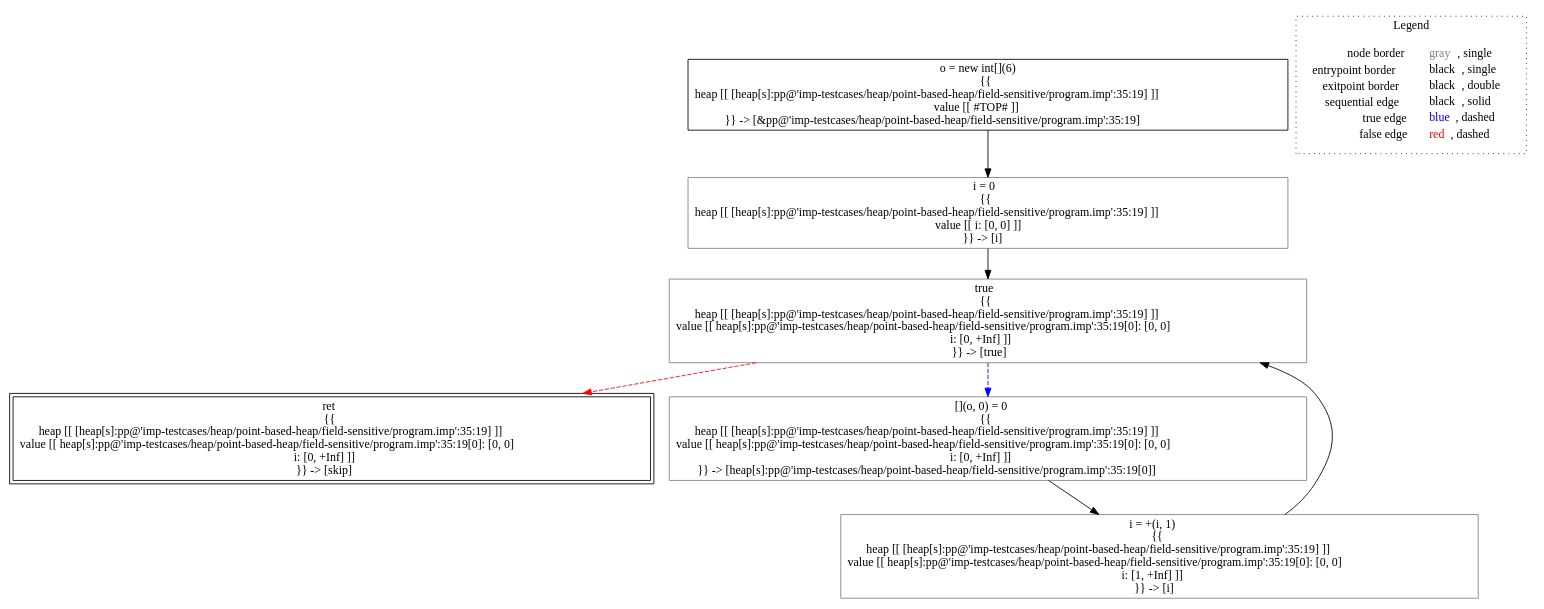
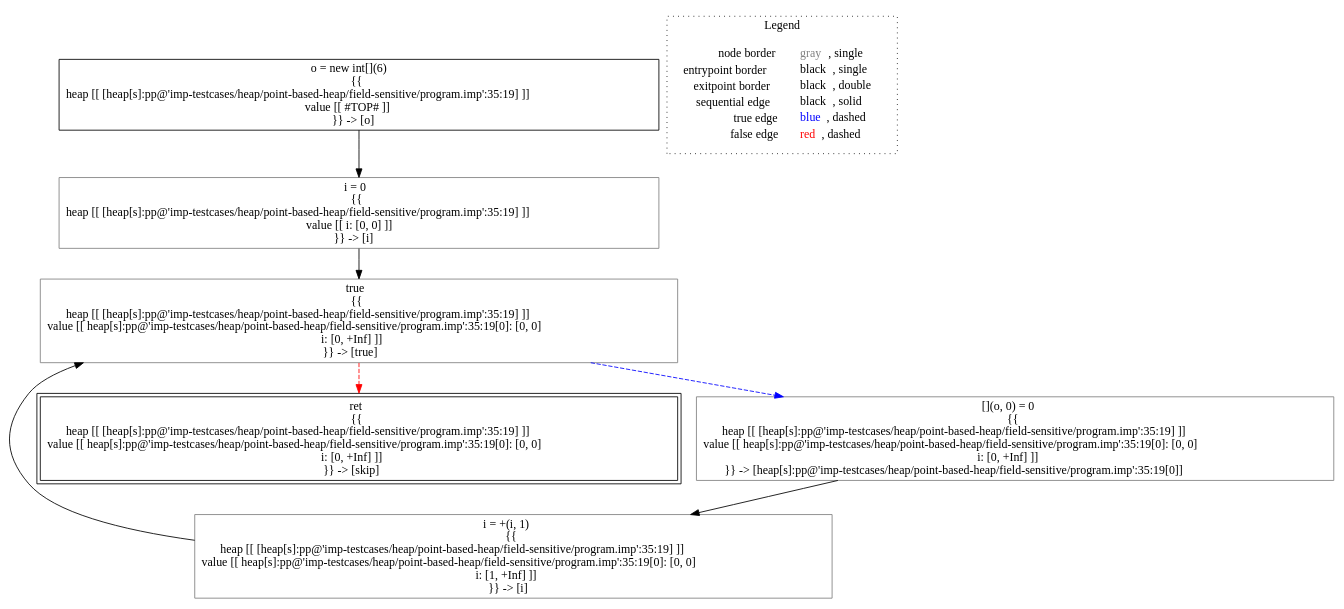
One commit to lisa-analyzer/lisa changed the diagram in lisa/imp-testcases/heap/point-based-heap/field-sensitive/analysis___untyped_A.f4(A_this).dot. Above: the diagram before and after it, drawn with Graphviz. The commit also changed 33 other files, not shown here.

Commit message:
#95 refactored new heap symbolic expressions, removed rewriting in analysis state small step semantics and assign methods, point based heap tests

```diff
--- a/lisa/imp-testcases/heap/point-based-heap/field-sensitive/analysis___untyped_A.f4(A_this).dot
+++ b/lisa/imp-testcases/heap/point-based-heap/field-sensitive/analysis___untyped_A.f4(A_this).dot
@@ -1,21 +1,21 @@
 digraph {
-	"node0" [shape="rect",color="black",label=<o = new int[](6)<BR/>{{<BR/>heap [[ [heap[s]:pp@'imp-testcases/heap/point-based-heap/field-sensitive/program.imp':35:19] ]]<BR/>value [[ #TOP# ]]<BR/>}} -&gt; [&amp;pp@'imp-testcases/heap/point-based-heap/field-sensitive/program.imp':35:19]>];
-	"node1" [shape="rect",color="gray",label=<i = 0<BR/>{{<BR/>heap [[ [heap[s]:pp@'imp-testcases/heap/point-based-heap/field-sensitive/program.imp':35:19] ]]<BR/>value [[ i: [0, 0] ]]<BR/>}} -&gt; [i]>];
+	"node0" [shape="rect",color="black",label=<o = new int[](6)<BR/>{{<BR/>heap [[ [heap[s]:pp@'imp-testcases/heap/point-based-heap/field-sensitive/program.imp':35:19] ]]<BR/>value [[ #TOP# ]]<BR/>}} -&gt; [o]>];
+	"node1" [shape="rect",color="gray",label=<i = +(i, 1)<BR/>{{<BR/>heap [[ [heap[s]:pp@'imp-testcases/heap/point-based-heap/field-sensitive/program.imp':35:19] ]]<BR/>value [[ heap[s]:pp@'imp-testcases/heap/point-based-heap/field-sensitive/program.imp':35:19[0]: [0, 0]<BR/>i: [1, +Inf] ]]<BR/>}} -&gt; [i]>];
 	"node2" [shape="rect",color="gray",label=<true<BR/>{{<BR/>heap [[ [heap[s]:pp@'imp-testcases/heap/point-based-heap/field-sensitive/program.imp':35:19] ]]<BR/>value [[ heap[s]:pp@'imp-testcases/heap/point-based-heap/field-sensitive/program.imp':35:19[0]: [0, 0]<BR/>i: [0, +Inf] ]]<BR/>}} -&gt; [true]>];
-	"node3" [shape="rect",color="gray",label=<i = +(i, 1)<BR/>{{<BR/>heap [[ [heap[s]:pp@'imp-testcases/heap/point-based-heap/field-sensitive/program.imp':35:19] ]]<BR/>value [[ heap[s]:pp@'imp-testcases/heap/point-based-heap/field-sensitive/program.imp':35:19[0]: [0, 0]<BR/>i: [1, +Inf] ]]<BR/>}} -&gt; [i]>];
-	"node4" [shape="rect",color="black",peripheries="2",label=<ret<BR/>{{<BR/>heap [[ [heap[s]:pp@'imp-testcases/heap/point-based-heap/field-sensitive/program.imp':35:19] ]]<BR/>value [[ heap[s]:pp@'imp-testcases/heap/point-based-heap/field-sensitive/program.imp':35:19[0]: [0, 0]<BR/>i: [0, +Inf] ]]<BR/>}} -&gt; [skip]>];
+	"node3" [shape="rect",color="black",peripheries="2",label=<ret<BR/>{{<BR/>heap [[ [heap[s]:pp@'imp-testcases/heap/point-based-heap/field-sensitive/program.imp':35:19] ]]<BR/>value [[ heap[s]:pp@'imp-testcases/heap/point-based-heap/field-sensitive/program.imp':35:19[0]: [0, 0]<BR/>i: [0, +Inf] ]]<BR/>}} -&gt; [skip]>];
+	"node4" [shape="rect",color="gray",label=<i = 0<BR/>{{<BR/>heap [[ [heap[s]:pp@'imp-testcases/heap/point-based-heap/field-sensitive/program.imp':35:19] ]]<BR/>value [[ i: [0, 0] ]]<BR/>}} -&gt; [i]>];
 	"node5" [shape="rect",color="gray",label=<[](o, 0) = 0<BR/>{{<BR/>heap [[ [heap[s]:pp@'imp-testcases/heap/point-based-heap/field-sensitive/program.imp':35:19] ]]<BR/>value [[ heap[s]:pp@'imp-testcases/heap/point-based-heap/field-sensitive/program.imp':35:19[0]: [0, 0]<BR/>i: [0, +Inf] ]]<BR/>}} -&gt; [heap[s]:pp@'imp-testcases/heap/point-based-heap/field-sensitive/program.imp':35:19[0]]>];
+	"node0" -> "node4" [color="black"];
 	"node1" -> "node2" [color="black"];
-	"node2" -> "node4" [color="red",style="dashed"];
+	"node2" -> "node3" [color="red",style="dashed"];
 	"node2" -> "node5" [color="blue",style="dashed"];
-	"node3" -> "node2" [color="black"];
-	"node0" -> "node1" [color="black"];
-	"node5" -> "node3" [color="black"];
+	"node4" -> "node2" [color="black"];
+	"node5" -> "node1" [color="black"];
 subgraph cluster_legend {
 	label="Legend";
 	style=dotted;
 	node [shape=plaintext];
 	"legend" [label=<<table border="0" cellpadding="2" cellspacing="0" cellborder="0"><tr><td align="right">node border&nbsp;</td><td align="left"><font color="gray">gray</font>, single</td></tr><tr><td align="right">entrypoint border&nbsp;</td><td align="left"><font color="black">black</font>, single</td></tr><tr><td align="right">exitpoint border&nbsp;</td><td align="left"><font color="black">black</font>, double</td></tr><tr><td align="right">sequential edge&nbsp;</td><td align="left"><font color="black">black</font>, solid</td></tr><tr><td align="right">true edge&nbsp;</td><td align="left"><font color="blue">blue</font>, dashed</td></tr><tr><td align="right">false edge&nbsp;</td><td align="left"><font color="red">red</font>, dashed</td></tr></table>>];
 }
 
 }
```
